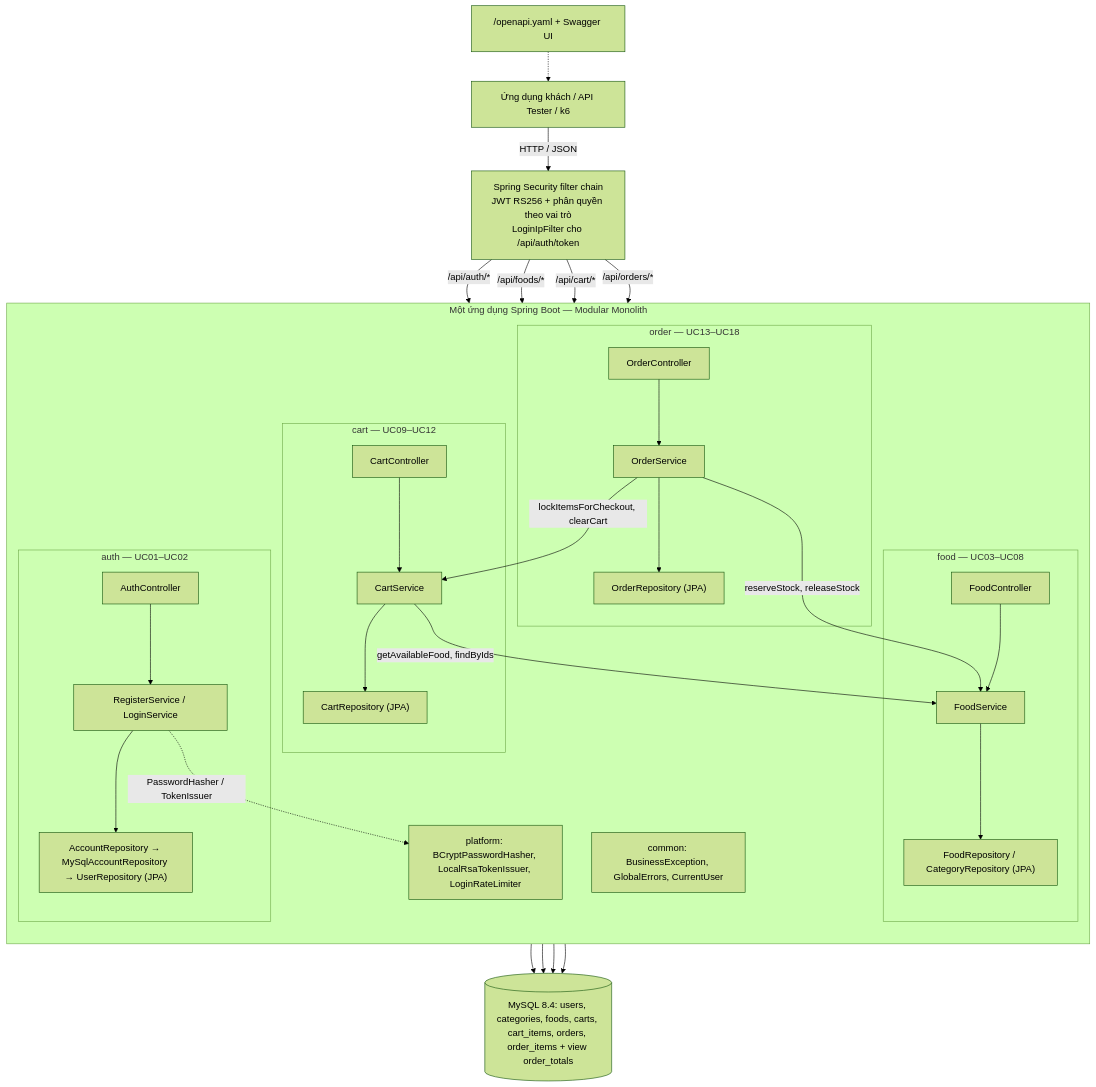
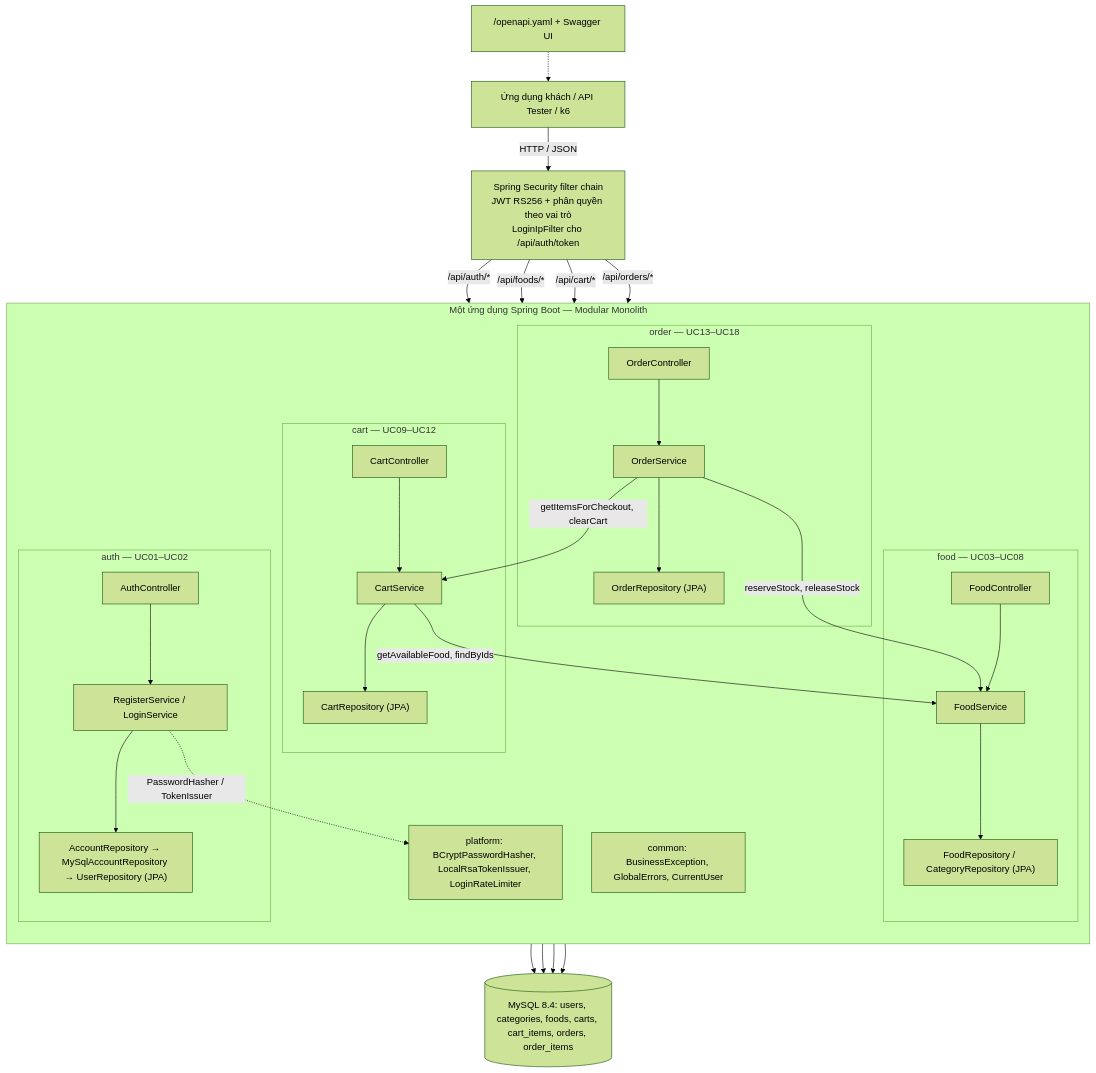
Before and after one commit to maaL6/ByteMe: the first of 4 diagrams in docs/architecture-single-restaurant.md, drawn with Mermaid (forest theme). The commit also changed other lines of this file and 29 other files, not shown here.

````diff
--- a/docs/architecture-single-restaurant.md
+++ b/docs/architecture-single-restaurant.md
@@ -34,54 +21,54 @@
 ```mermaid
 flowchart TB
     Client["Ứng dụng khách / API Tester / k6"]
     Docs["/openapi.yaml + Swagger UI"]
     Client -->|"HTTP / JSON"| Security
     Docs -.-> Client
 
     Security["Spring Security filter chain<br/>JWT RS256 + phân quyền theo vai trò<br/>LoginIpFilter cho /api/auth/token"]
 
     subgraph App["Một ứng dụng Spring Boot — Modular Monolith"]
         direction TB
         subgraph Auth["auth — UC01–UC02"]
             AuthAPI["AuthController"]
             AuthCore["RegisterService / LoginService"]
             AuthRepo["AccountRepository → MySqlAccountRepository → UserRepository (JPA)"]
             AuthAPI --> AuthCore --> AuthRepo
         end
         subgraph Food["food — UC03–UC08"]
             FoodAPI["FoodController"]
             FoodCore["FoodService"]
             FoodRepo["FoodRepository / CategoryRepository (JPA)"]
             FoodAPI --> FoodCore --> FoodRepo
         end
         subgraph Cart["cart — UC09–UC12"]
             CartAPI["CartController"]
             CartCore["CartService"]
             CartRepo["CartRepository (JPA)"]
             CartAPI --> CartCore --> CartRepo
         end
         subgraph Order["order — UC13–UC18"]
             OrderAPI["OrderController"]
             OrderCore["OrderService"]
             OrderRepo["OrderRepository (JPA)"]
             OrderAPI --> OrderCore --> OrderRepo
         end
         Platform["platform: BCryptPasswordHasher, LocalRsaTokenIssuer, LoginRateLimiter"]
         Common["common: BusinessException, GlobalErrors, CurrentUser"]
         AuthCore -.->|"PasswordHasher / TokenIssuer"| Platform
         CartCore -->|"getAvailableFood, findByIds"| FoodCore
-        OrderCore -->|"lockItemsForCheckout, clearCart"| CartCore
+        OrderCore -->|"getItemsForCheckout, clearCart"| CartCore
         OrderCore -->|"reserveStock, releaseStock"| FoodCore
     end
 
     Security -->|"/api/auth/*"| AuthAPI
     Security -->|"/api/foods/*"| FoodAPI
     Security -->|"/api/cart/*"| CartAPI
     Security -->|"/api/orders/*"| OrderAPI
 
-    DB[("MySQL 8.4: users, categories, foods, carts, cart_items, orders, order_items + view order_totals")]
+    DB[("MySQL 8.4: users, categories, foods, carts, cart_items, orders, order_items")]
     AuthRepo --> DB
     FoodRepo --> DB
     CartRepo --> DB
     OrderRepo --> DB
 ```
````
